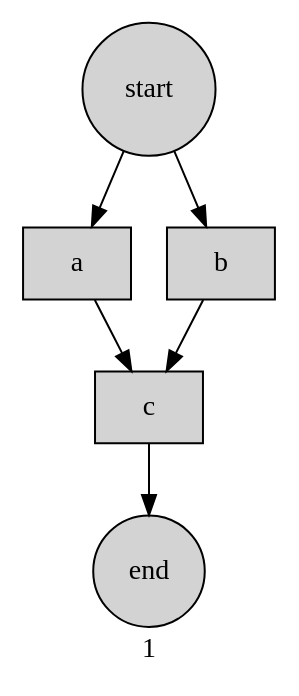
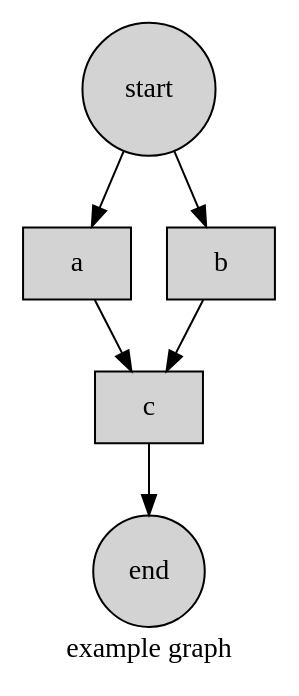
One commit to nmondal/flower changed the diagram in README.md. Above: the diagram before and after it, drawn with Graphviz. The commit also changed other lines of this file, not shown here.

````diff
--- a/README.md
+++ b/README.md
@@ -162,17 +189,17 @@
 ```graphviz
 digraph G {
-label = "1";
+label = "example graph";
 node [style=filled, shape=rectangle]; 
 a;
 b;
 c;
 a -> c;
 b -> c;
 start -> a;
 start -> b;
 c -> end;
 start [shape=circle];
 end [shape=circle];
 }
 
 ```
````
